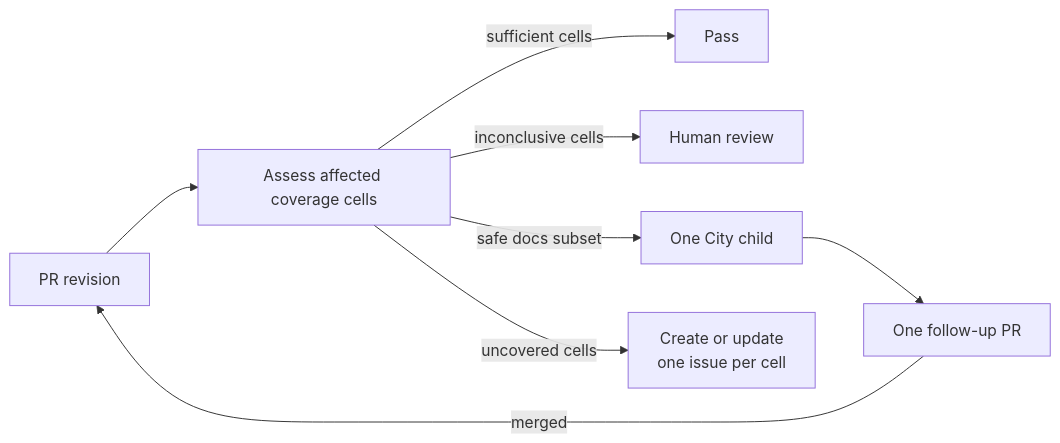
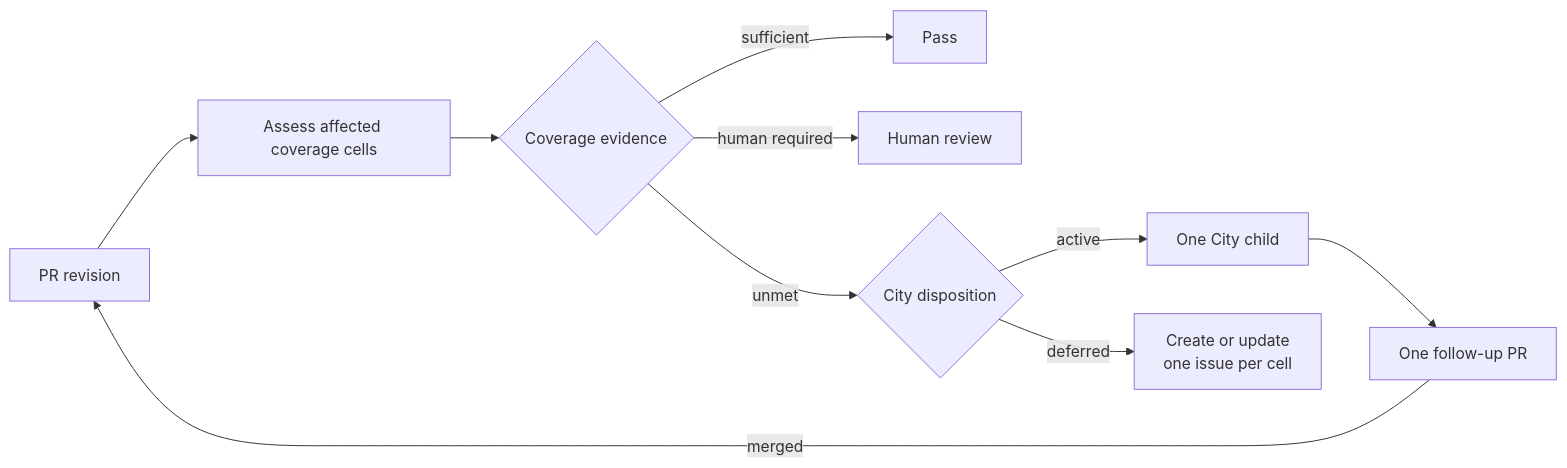
Before and after one commit to allenday/gascity-compose: the second of 2 diagrams in docs/superpowers/specs/2026-09-04-single-docs-recursion-design.md, drawn with Mermaid. The commit also changed other lines of this file, not shown here.

Commit message:
docs: clarify coverage disposition flow

````diff
--- a/docs/superpowers/specs/2026-09-04-single-docs-recursion-design.md
+++ b/docs/superpowers/specs/2026-09-04-single-docs-recursion-design.md
@@ -63,10 +63,12 @@
 ```mermaid
 flowchart LR
   PR[PR revision] --> ASSESS[Assess affected coverage cells]
-  ASSESS -->|sufficient cells| PASS[Pass]
-  ASSESS -->|inconclusive cells| HUMAN[Human review]
-  ASSESS -->|safe docs subset| CHILD[One City child]
+  ASSESS --> CLASSIFY{Coverage evidence}
+  CLASSIFY -->|sufficient| PASS[Pass]
+  CLASSIFY -->|human required| HUMAN[Human review]
+  CLASSIFY -->|unmet| DISPOSE{City disposition}
+  DISPOSE -->|active| CHILD[One City child]
   CHILD --> FOLLOWUP[One follow-up PR]
   FOLLOWUP -->|merged| PR
-  ASSESS -->|uncovered cells| BUDS[Create or update<br/>one issue per cell]
+  DISPOSE -->|deferred| BUDS[Create or update<br/>one issue per cell]
 ```
````
